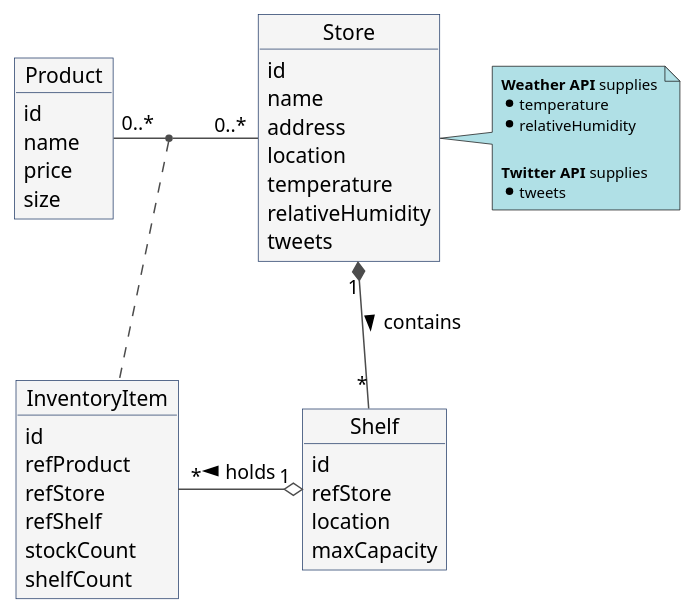
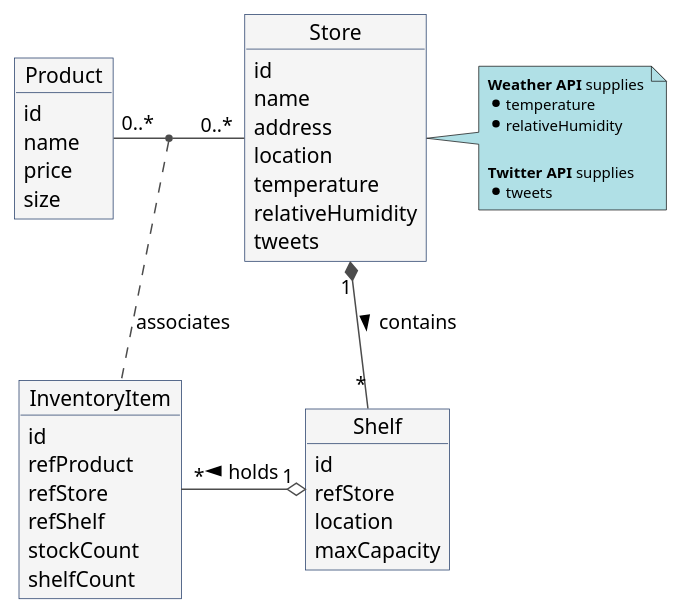
The diagram in diagrams/entities.puml (FIWARE/tutorials.Subscriptions), drawn with PlantUML before and after one commit.

Commit message:
Updating Entities

```diff
--- a/diagrams/entities.puml
+++ b/diagrams/entities.puml
@@ -1,57 +1,57 @@
 @startuml
 
 skinparam object {
   BackgroundColor #f5f5f5
   ArrowColor #4c4c4c
   BorderColor #233c68
 }
 
 object Product
 
 Product : id 
 Product : name 
 Product : price 
 Product : size 
 
 
 object InventoryItem
 
 InventoryItem : id 
 InventoryItem : refProduct 
 InventoryItem : refStore 
 InventoryItem : refShelf 
 InventoryItem : stockCount 
 InventoryItem : shelfCount 
 
 
 object Store
 
 Store : id 
 Store : name 
 Store : address 
 Store : location 
 Store : temperature 
 Store : relativeHumidity 
 Store : tweets
 
 note right of Store #PowderBlue
   <size:10><b>Weather API</b> supplies</size>
   * <size:10>temperature</size>
   * <size:10>relativeHumidity</size>
 
   <size:10><b>Twitter API</b> supplies</size>
   * <size:10>tweets</size>
 end note 
 
 object Shelf
 
 Shelf : id 
 Shelf : refStore 
 Shelf : location 
 Shelf : maxCapacity
 
 Store "1" *-- "*" Shelf : contains >
 InventoryItem "*" -o " 1" Shelf : < holds
 Product "0..*" - "0..*" Store
-(Product, Store) .. InventoryItem
+(Product, Store) .. InventoryItem : associates
 @enduml
```
